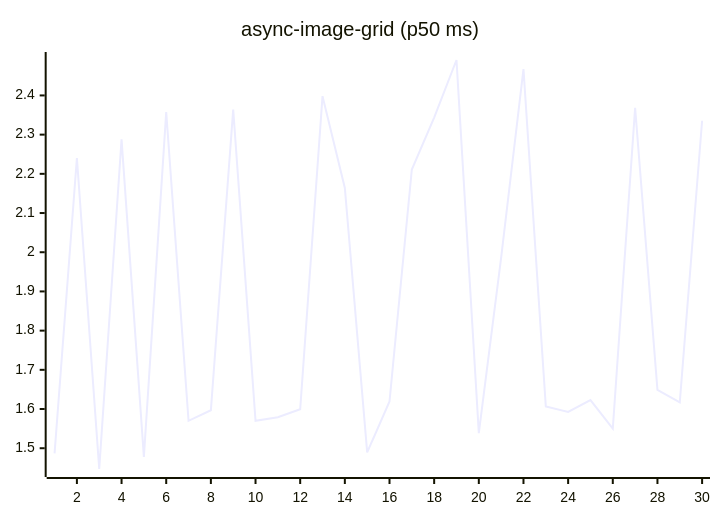
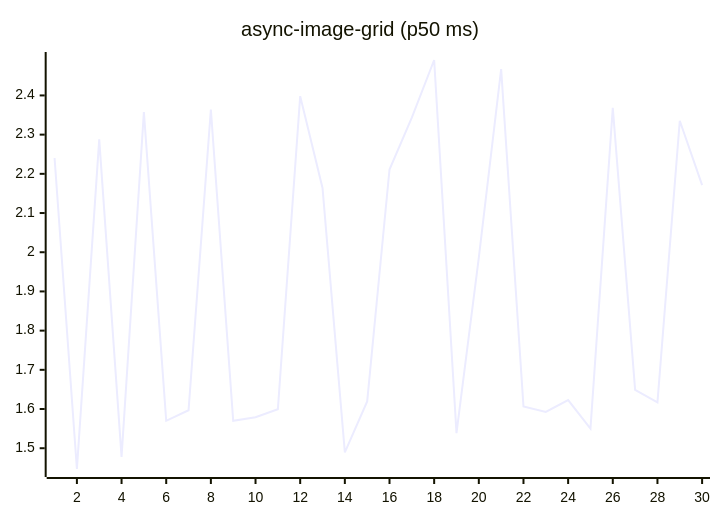
The fifth of 27 diagrams in README.md (josha/Facet), drawn with Mermaid before and after one commit. The commit also changed other lines of this file and 2 other files, not shown here.

````diff
--- a/README.md
+++ b/README.md
@@ -91,6 +91,6 @@
 ```mermaid
 xychart-beta
     title "async-image-grid (p50 ms)"
     x-axis 1 --> 30
-    line [1.4868, 2.2404, 1.4470, 2.2880, 1.4779, 2.3575, 1.5699, 1.5969, 2.3640, 1.5700, 1.5790, 1.5994, 2.3982, 2.1641, 1.4893, 1.6193, 2.2110, 2.3435, 2.4904, 1.5386, 1.9864, 2.4670, 1.6066, 1.5928, 1.6229, 1.5501, 2.3685, 1.6487, 1.6169, 2.3355]
+    line [2.2404, 1.4470, 2.2880, 1.4779, 2.3575, 1.5699, 1.5969, 2.3640, 1.5700, 1.5790, 1.5994, 2.3982, 2.1641, 1.4893, 1.6193, 2.2110, 2.3435, 2.4904, 1.5386, 1.9864, 2.4670, 1.6066, 1.5928, 1.6229, 1.5501, 2.3685, 1.6487, 1.6169, 2.3355, 2.1710]
 ```
````
